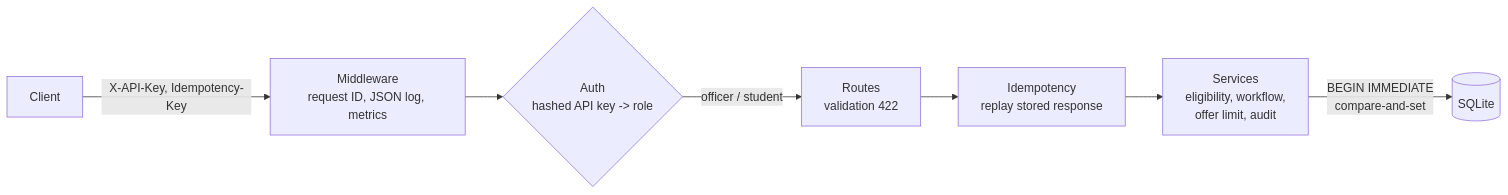
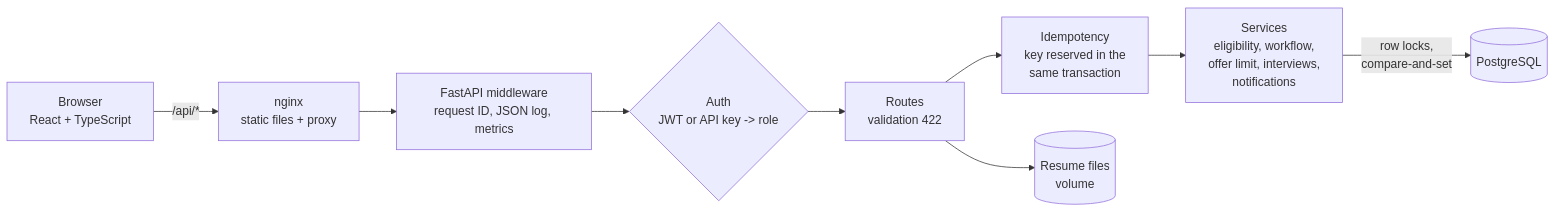
Before and after one commit to krit566/campus-recruitment-api: the first of 3 diagrams in README.md, drawn with Mermaid. The commit also changed other lines of this file and 2 other files, not shown here.

````diff
--- a/README.md
+++ b/README.md
@@ -12,9 +38,11 @@
 ```mermaid
 flowchart LR
-  C[Client] -->|X-API-Key, Idempotency-Key| M[Middleware<br/>request ID, JSON log, metrics]
-  M --> A{Auth<br/>hashed API key -> role}
-  A -->|officer / student| R[Routes<br/>validation 422]
-  R --> I[Idempotency<br/>replay stored response]
-  I --> S[Services<br/>eligibility, workflow,<br/>offer limit, audit]
-  S -->|BEGIN IMMEDIATE<br/>compare-and-set| D[(SQLite)]
+  B[Browser<br/>React + TypeScript] -->|/api/*| N[nginx<br/>static files + proxy]
+  N --> M[FastAPI middleware<br/>request ID, JSON log, metrics]
+  M --> A{Auth<br/>JWT or API key -> role}
+  A --> R[Routes<br/>validation 422]
+  R --> I[Idempotency<br/>key reserved in the<br/>same transaction]
+  I --> S[Services<br/>eligibility, workflow,<br/>offer limit, interviews,<br/>notifications]
+  S -->|row locks,<br/>compare-and-set| D[(PostgreSQL)]
+  R --> U[(Resume files<br/>volume)]
 ```
````
